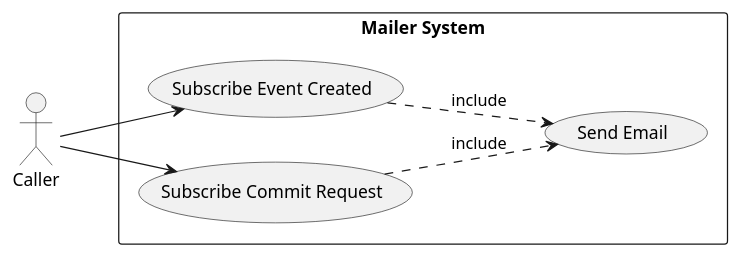
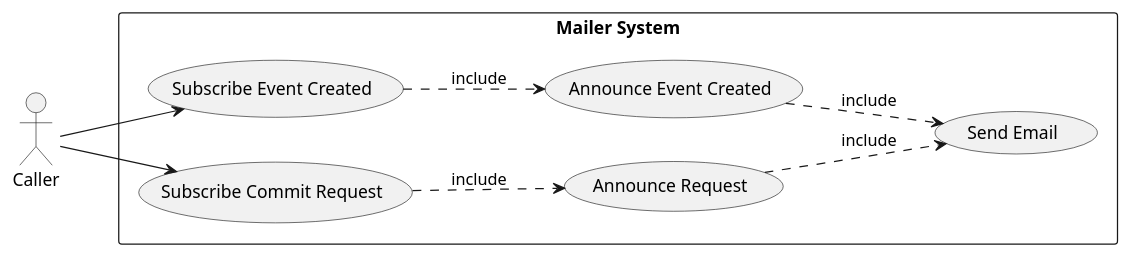
One commit to fwidjaya20/fazzlearning-uml changed the diagram in UseCase/Release04/MailerSubSystem.wsd. Above: the diagram before and after it, drawn with PlantUML. The commit also changed 4 other files, not shown here.

```diff
--- a/UseCase/Release04/MailerSubSystem.wsd
+++ b/UseCase/Release04/MailerSubSystem.wsd
@@ -1,18 +1,22 @@
 @startuml MailerSubSystem
 
 left to right direction
 
 skinparam Monochrome true
 skinparam Shadowing false
 skinparam packageStyle rectangle
 
 actor Caller
 
 rectangle "Mailer System" {
     Caller --> (Subscribe Event Created)
     Caller --> (Subscribe Commit Request)
-    (Subscribe Event Created) ..> (Send Email) : include
-    (Subscribe Commit Request) ..> (Send Email) : include
+
+    (Subscribe Event Created) ..> (Announce Event Created) : include
+    (Subscribe Commit Request) ..> (Announce Request) : include
+    
+    (Announce Event Created) ..> (Send Email) : include
+    (Announce Request) ..> (Send Email) : include
 }
 
 @enduml
```
